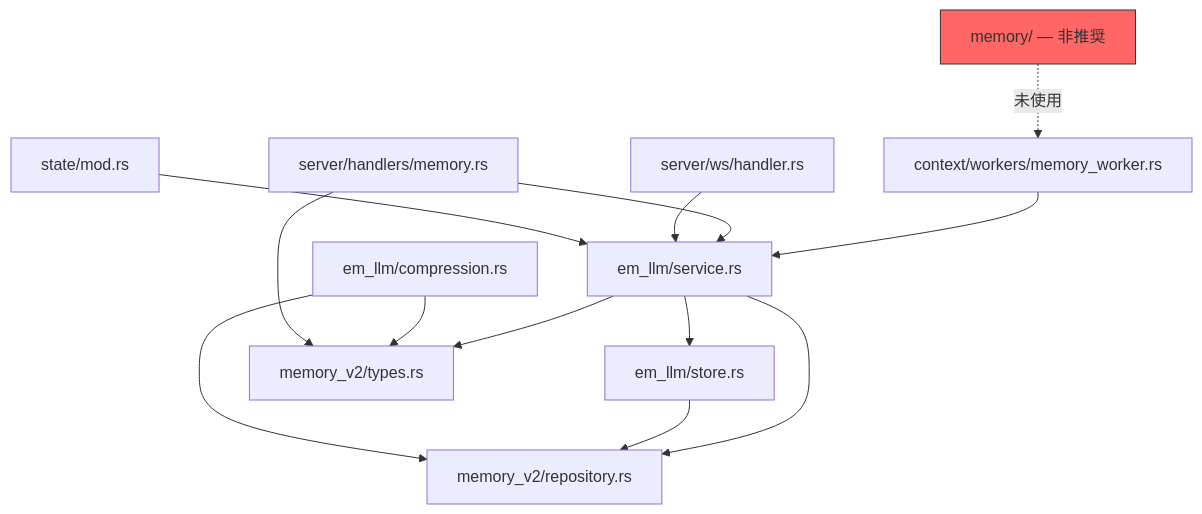
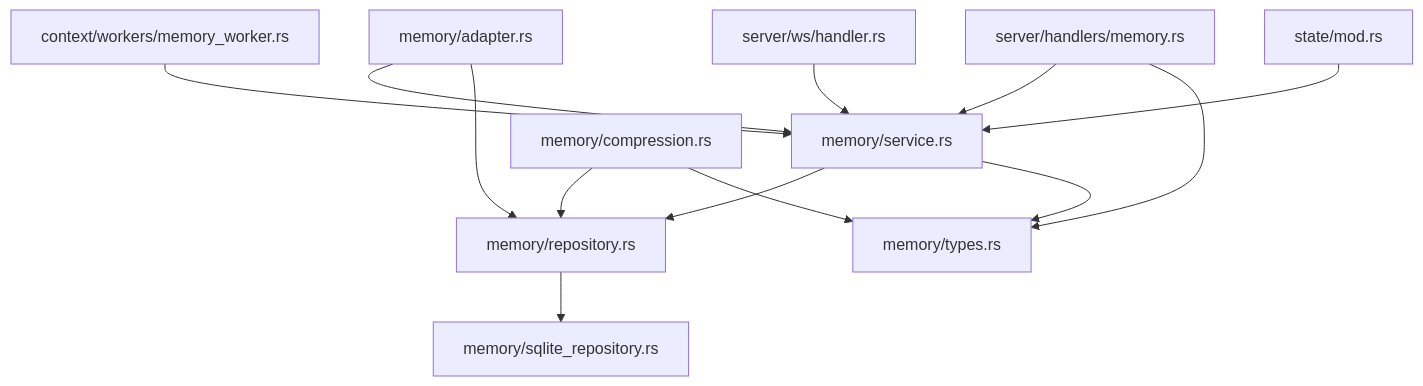
The diagram in docs/architecture/MEMORY_ARCHITECTURE.md (coco4atJP/Tepora-alpha), drawn with Mermaid before and after one commit. The commit also changed other lines of this file and 33 other files, not shown here.

````diff
--- a/docs/architecture/MEMORY_ARCHITECTURE.md
+++ b/docs/architecture/MEMORY_ARCHITECTURE.md
@@ -63,17 +46,15 @@
 ```mermaid
 graph TD
-    A[context/workers/memory_worker.rs] --> B[em_llm/service.rs]
-    B --> C[em_llm/store.rs]
-    B --> D[memory_v2/repository.rs]
-    B --> E[memory_v2/types.rs]
-    C --> D
-    F[em_llm/compression.rs] --> D
-    F --> E
-    G[server/handlers/memory.rs] --> E
-    G --> B
-    H[server/ws/handler.rs] --> B
-    I[state/mod.rs] --> B
-
-    style J fill:#f66,stroke:#333
-    J[memory/ — 非推奨] -.->|未使用| A
+    A[context/workers/memory_worker.rs] --> B[memory/service.rs]
+    B --> C[memory/repository.rs]
+    B --> D[memory/types.rs]
+    C --> E[memory/sqlite_repository.rs]
+    F[memory/compression.rs] --> C
+    F --> D
+    G[memory/adapter.rs] --> B
+    G --> C
+    H[server/handlers/memory.rs] --> B
+    H --> D
+    I[server/ws/handler.rs] --> B
+    J[state/mod.rs] --> B
 ```
````
